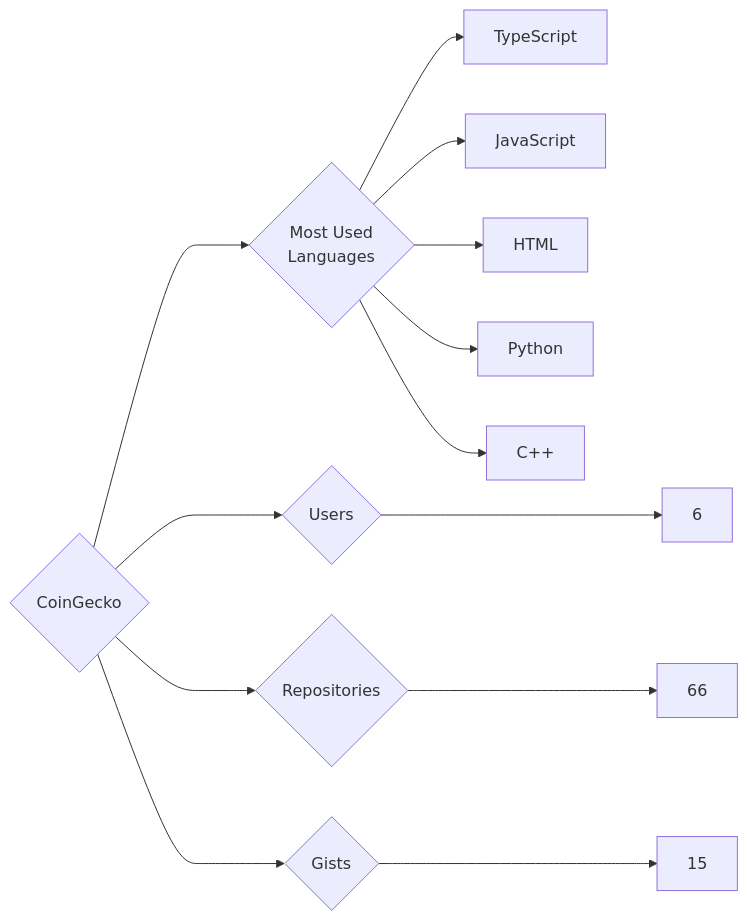
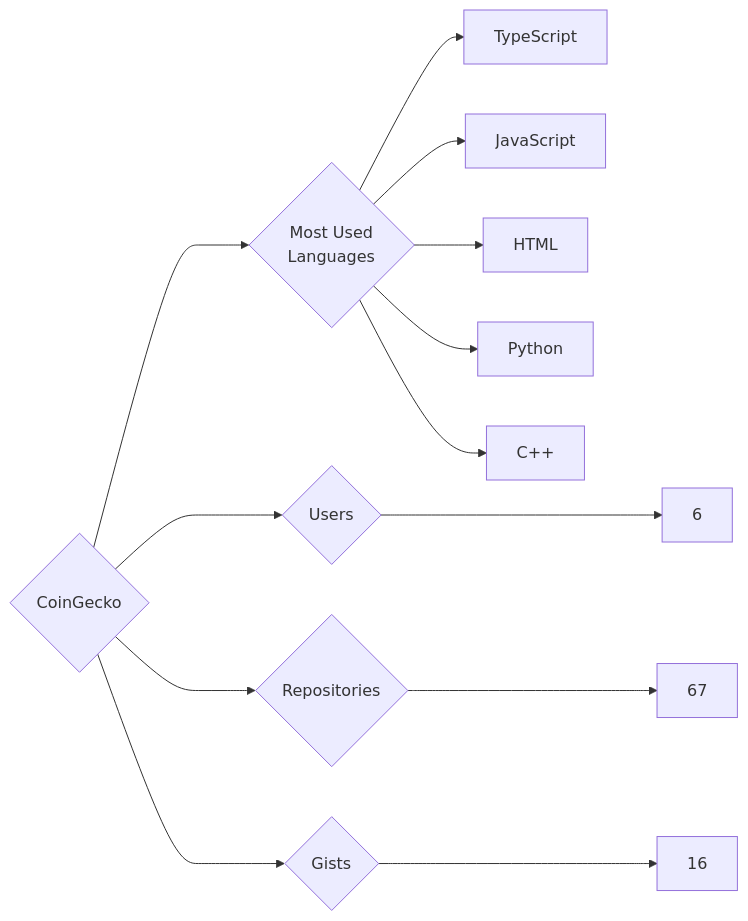
Before and after one commit to trickest/insiders: the diagram in targets/CoinGecko/README.md, drawn with Mermaid. The commit also changed 1003 other files, not shown here.

````diff
--- a/targets/CoinGecko/README.md
+++ b/targets/CoinGecko/README.md
@@ -3,13 +3,13 @@
 ```mermaid
 graph LR
 COMPANY_NAME{CoinGecko}
 COMPANY_NAME ---> U{Users} ---> UN[6]
-COMPANY_NAME ---> R{Repositories} ---> RN[66]
-COMPANY_NAME ---> G{Gists} ---> GN[15]
+COMPANY_NAME ---> R{Repositories} ---> RN[67]
+COMPANY_NAME ---> G{Gists} ---> GN[16]
 COMPANY_NAME ---> ML{Most Used<br>Languages}
 ML --> TypeScript[TypeScript]
 ML --> JavaScript[JavaScript]
 ML --> HTML[HTML]
 ML --> Python[Python]
 ML --> C++[C++]
 ```
````
